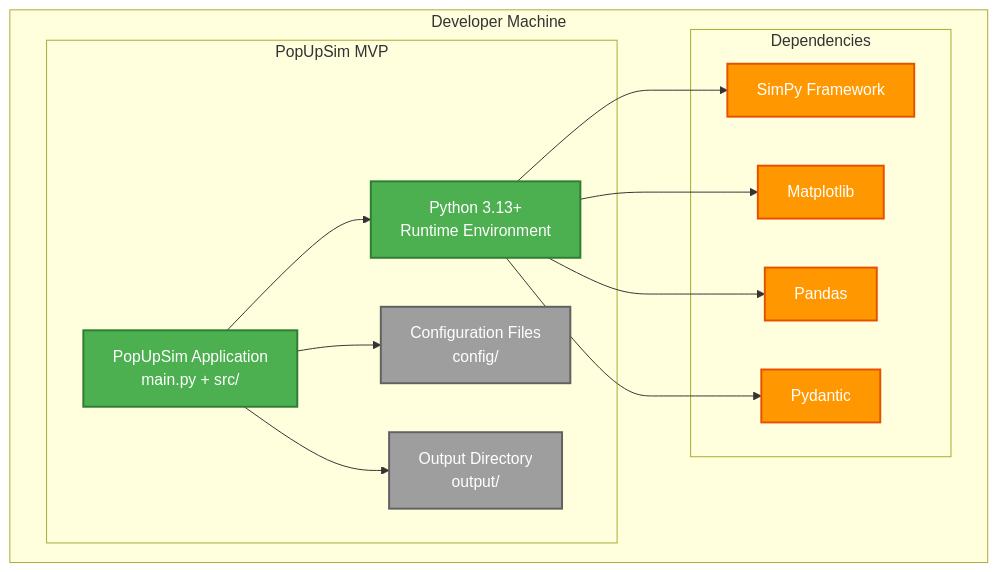
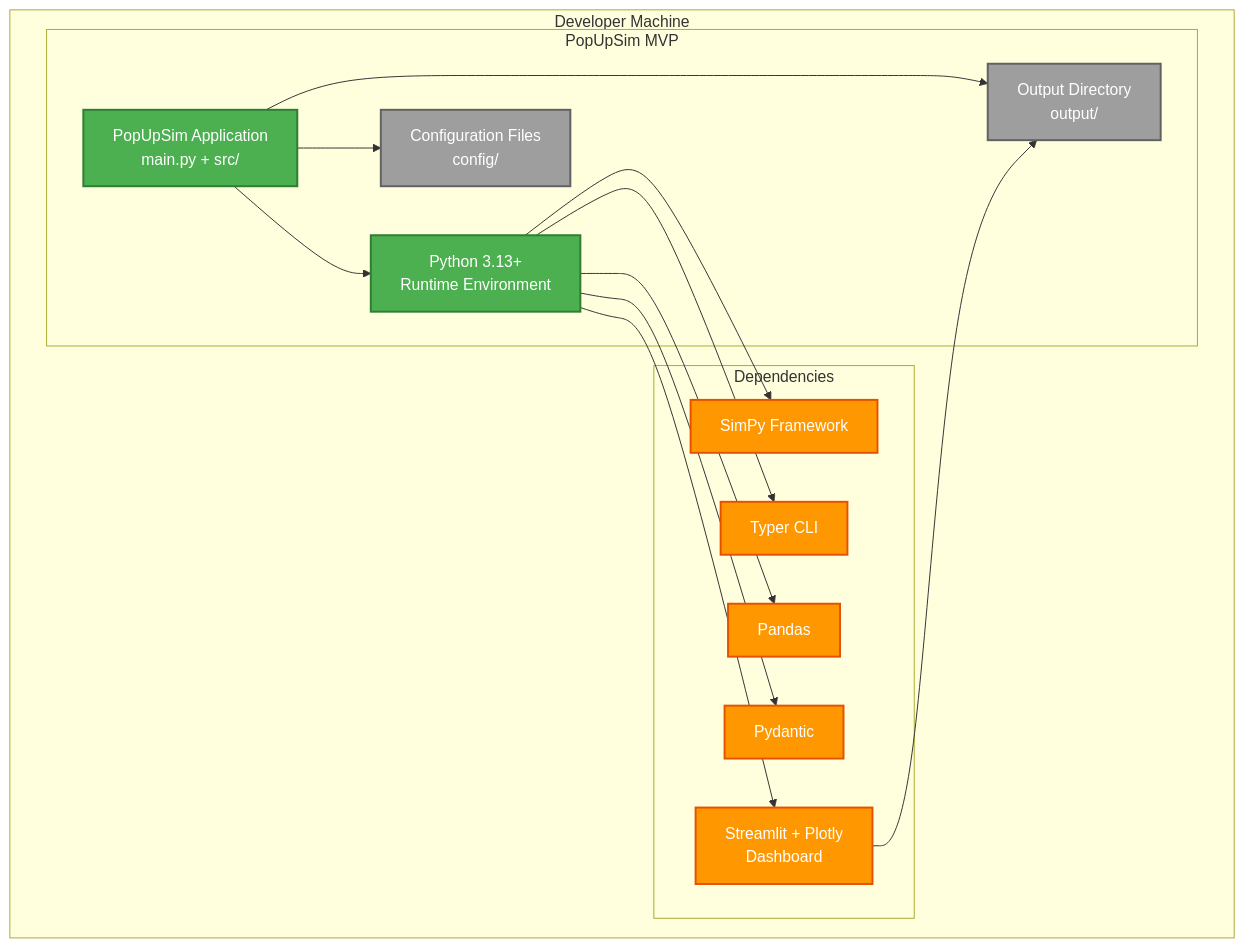
The first of 5 diagrams in docs/mvp/architecture/07-deployment.md (OpenRailAssociation/dac-migration-dss-popupsim), drawn with Mermaid before and after one commit. The commit also changed other lines of this file and 73 other files, not shown here.

````diff
--- a/docs/mvp/architecture/07-deployment.md
+++ b/docs/mvp/architecture/07-deployment.md
@@ -7,34 +7,37 @@
 ```mermaid
 graph TB
     subgraph "Developer Machine"
         subgraph "PopUpSim MVP"
             Python[Python 3.13+<br/>Runtime Environment]
             App[PopUpSim Application<br/>main.py + src/]
             Config[Configuration Files<br/>config/]
             Output[Output Directory<br/>output/]
         end
 
         subgraph "Dependencies"
             SimPy[SimPy Framework]
-            Matplotlib[Matplotlib]
+            Typer[Typer CLI]
             Pandas[Pandas]
             Pydantic[Pydantic]
+            Streamlit[Streamlit + Plotly<br/>Dashboard]
         end
     end
 
     App --> Python
     App --> Config
     App --> Output
     Python --> SimPy
-    Python --> Matplotlib
+    Python --> Typer
     Python --> Pandas
     Python --> Pydantic
+    Python --> Streamlit
+    Streamlit --> Output
 
     classDef app fill:#4caf50,stroke:#2e7d32,stroke-width:2px,color:#fff
     classDef deps fill:#ff9800,stroke:#e65100,stroke-width:2px,color:#fff
     classDef files fill:#9e9e9e,stroke:#616161,stroke-width:2px,color:#fff
 
     class Python,App app
-    class SimPy,Matplotlib,Pandas,Pydantic deps
+    class SimPy,Typer,Pandas,Pydantic,Streamlit deps
     class Config,Output files
 ```
````
